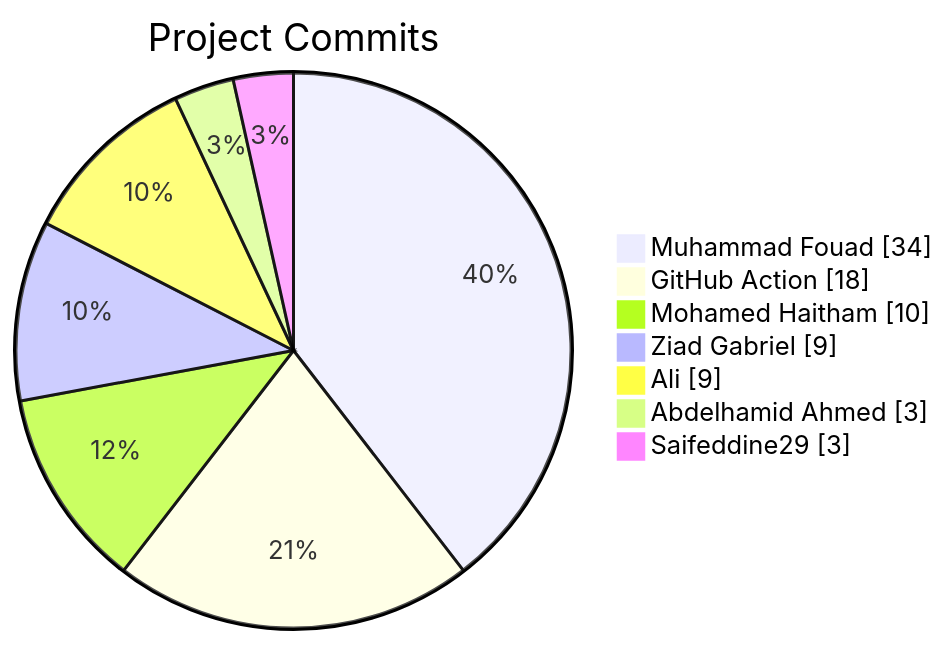
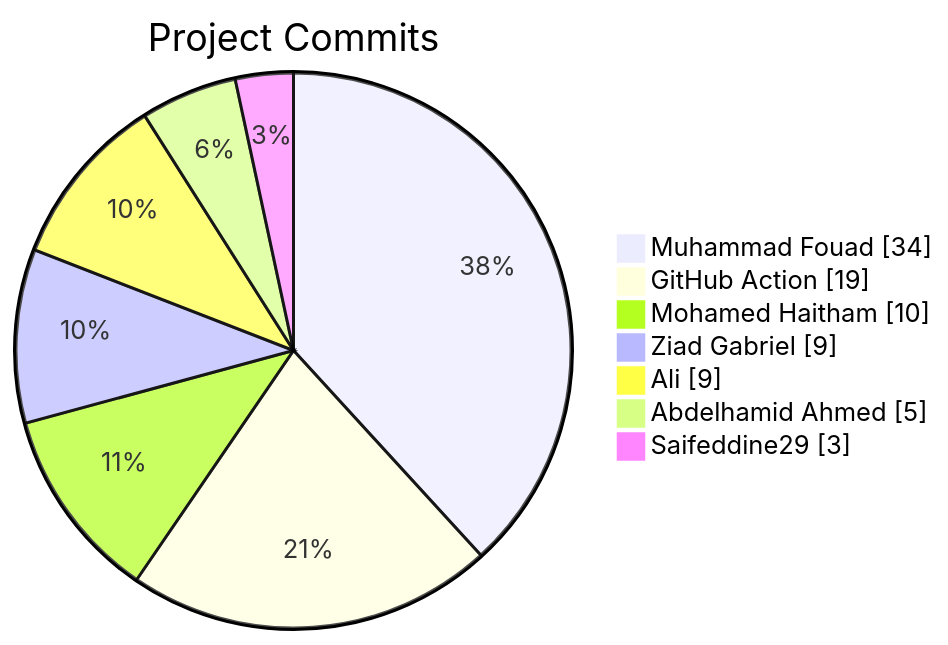
The diagram in README.md (Abdelhamid-El-rashidy/Library_System), drawn with Mermaid before and after one commit.

Commit message:
docs: update contributor stats [skip ci]

````diff
--- a/README.md
+++ b/README.md
@@ -11,11 +11,11 @@
 ```mermaid
 pie showData
     title Project Commits
     "Muhammad Fouad" : 34
-    "GitHub Action" : 18
+    "GitHub Action" : 19
     "Mohamed Haitham" : 10
     "Ziad Gabriel" : 9
     "Ali" : 9
-    "Abdelhamid Ahmed" : 3
+    "Abdelhamid Ahmed" : 5
     "Saifeddine29" : 3
 ```
````
